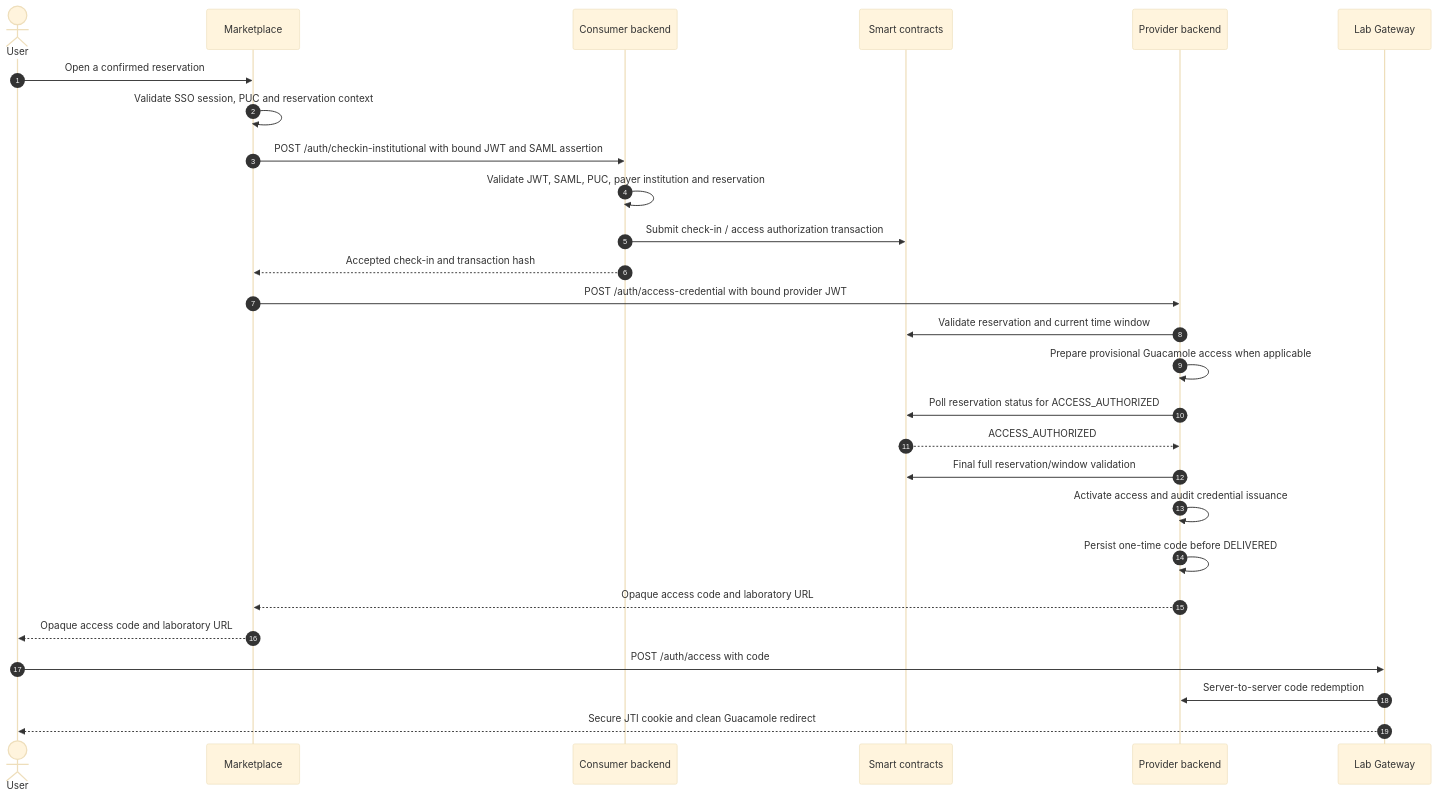
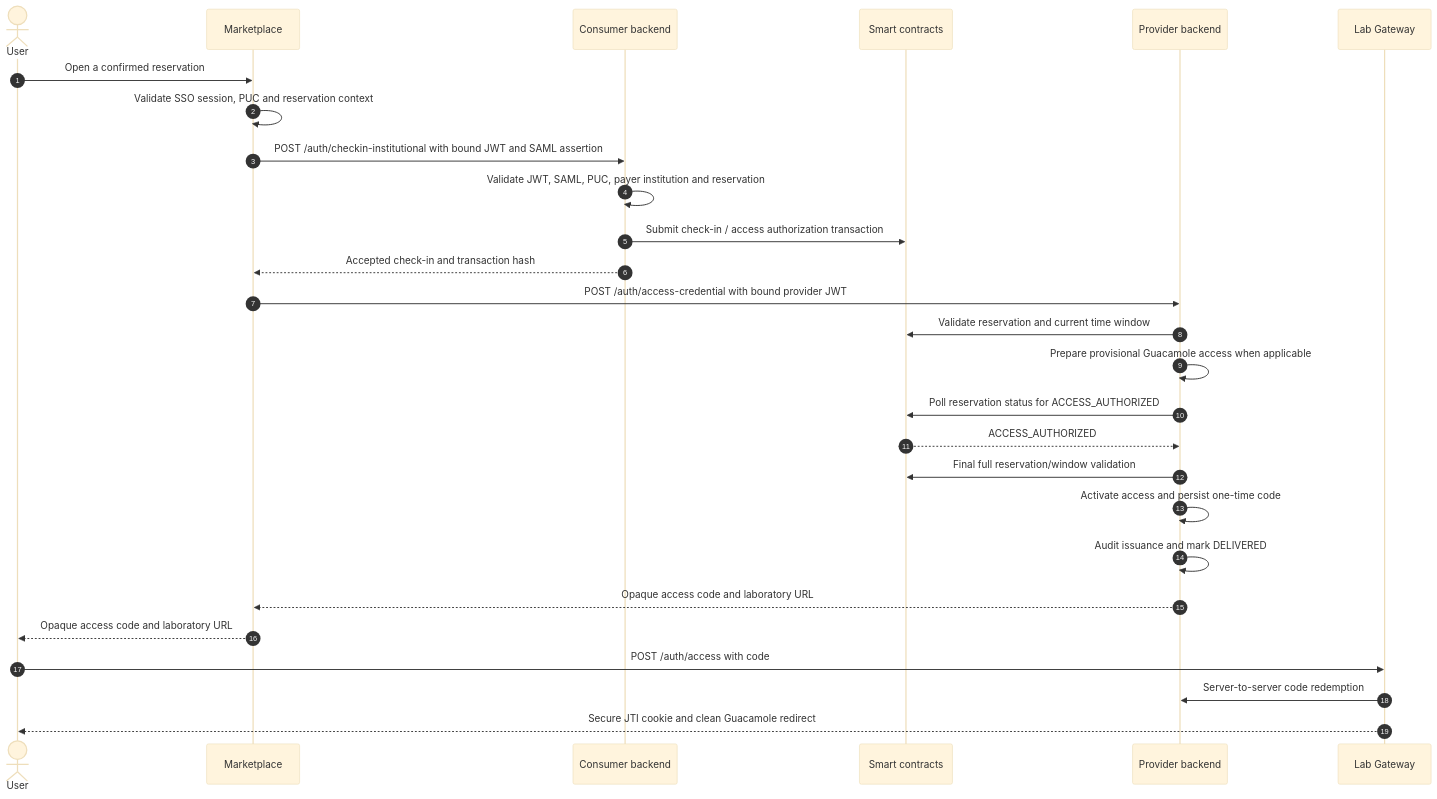
One commit to DecentraLabsCom/Lab-Gateway changed the second of 2 diagrams in docs/workflows/institutional-check-in-access-sessions.md. Above: the diagram before and after it, drawn with Mermaid (base theme). The commit also changed other lines of this file and 31 other files, not shown here.

````diff
--- a/docs/workflows/institutional-check-in-access-sessions.md
+++ b/docs/workflows/institutional-check-in-access-sessions.md
@@ -46,30 +46,30 @@
 ```mermaid
 sequenceDiagram
     autonumber
     actor User
     participant Marketplace
     participant Consumer as Consumer backend
     participant Chain as Smart contracts
     participant Provider as Provider backend
     participant Gateway as Lab Gateway
 
     User->>Marketplace: Open a confirmed reservation
     Marketplace->>Marketplace: Validate SSO session, PUC and reservation context
     Marketplace->>Consumer: POST /auth/checkin-institutional with bound JWT and SAML assertion
     Consumer->>Consumer: Validate JWT, SAML, PUC, payer institution and reservation
     Consumer->>Chain: Submit check-in / access authorization transaction
     Consumer-->>Marketplace: Accepted check-in and transaction hash
     Marketplace->>Provider: POST /auth/access-credential with bound provider JWT
     Provider->>Chain: Validate reservation and current time window
     Provider->>Provider: Prepare provisional Guacamole access when applicable
     Provider->>Chain: Poll reservation status for ACCESS_AUTHORIZED
     Chain-->>Provider: ACCESS_AUTHORIZED
     Provider->>Chain: Final full reservation/window validation
-    Provider->>Provider: Activate access and audit credential issuance
-    Provider->>Provider: Persist one-time code before DELIVERED
+    Provider->>Provider: Activate access and persist one-time code
+    Provider->>Provider: Audit issuance and mark DELIVERED
     Provider-->>Marketplace: Opaque access code and laboratory URL
     Marketplace-->>User: Opaque access code and laboratory URL
     User->>Gateway: POST /auth/access with code
     Gateway->>Provider: Server-to-server code redemption
     Gateway-->>User: Secure JTI cookie and clean Guacamole redirect
 ```
````
